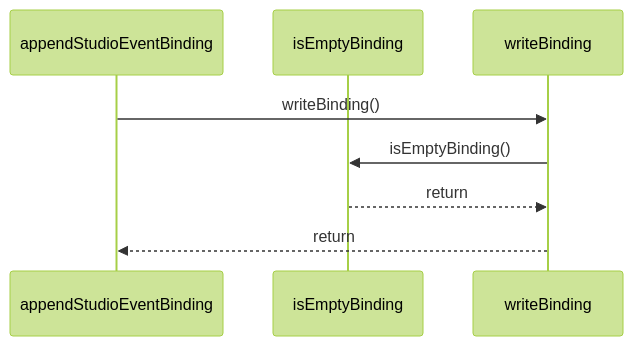
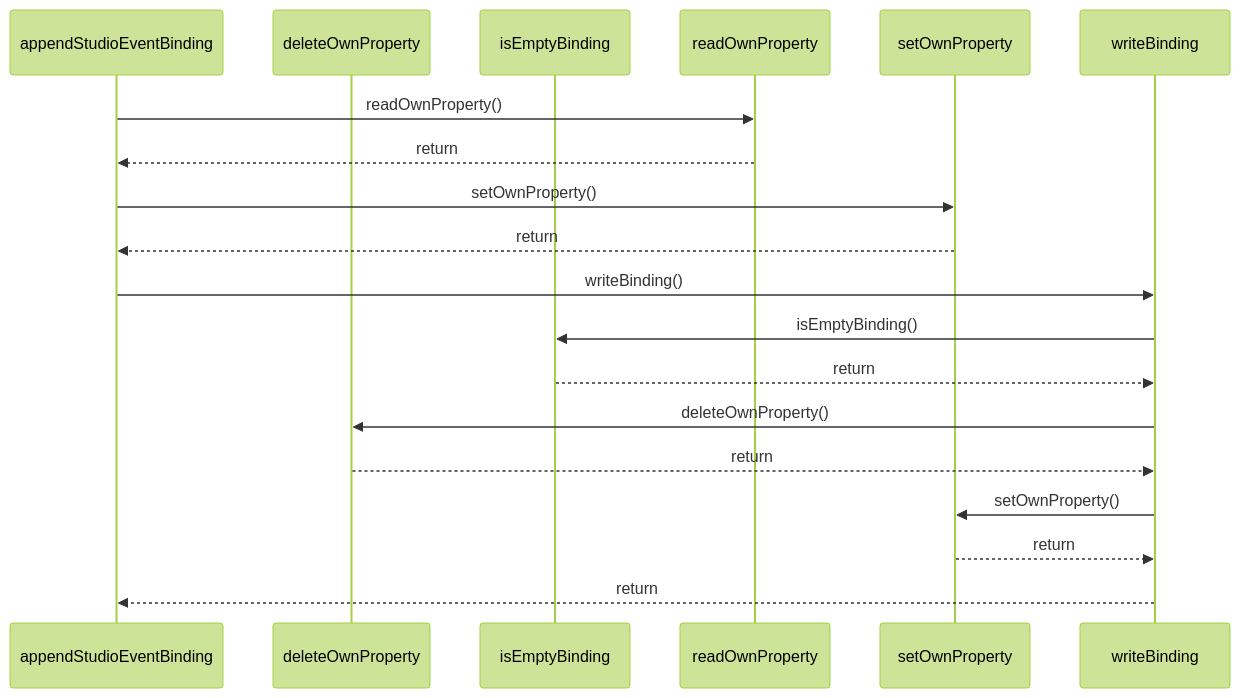
One commit to ankhorage/studio changed the diagram in paradox/diagrams/sequences/append-studio-event-binding.mmd. Above: the diagram before and after it, drawn with Mermaid (forest theme). The commit also changed 18 other files, not shown here.

```diff
--- a/paradox/diagrams/sequences/append-studio-event-binding.mmd
+++ b/paradox/diagrams/sequences/append-studio-event-binding.mmd
@@ -1,8 +1,19 @@
 sequenceDiagram
   participant participant_appendStudioEventBinding as appendStudioEventBinding
+  participant participant_deleteOwnProperty as deleteOwnProperty
   participant participant_isEmptyBinding as isEmptyBinding
+  participant participant_readOwnProperty as readOwnProperty
+  participant participant_setOwnProperty as setOwnProperty
   participant participant_writeBinding as writeBinding
+  participant_appendStudioEventBinding->>participant_readOwnProperty: readOwnProperty()
+  participant_readOwnProperty-->>participant_appendStudioEventBinding: return
+  participant_appendStudioEventBinding->>participant_setOwnProperty: setOwnProperty()
+  participant_setOwnProperty-->>participant_appendStudioEventBinding: return
   participant_appendStudioEventBinding->>participant_writeBinding: writeBinding()
   participant_writeBinding->>participant_isEmptyBinding: isEmptyBinding()
   participant_isEmptyBinding-->>participant_writeBinding: return
+  participant_writeBinding->>participant_deleteOwnProperty: deleteOwnProperty()
+  participant_deleteOwnProperty-->>participant_writeBinding: return
+  participant_writeBinding->>participant_setOwnProperty: setOwnProperty()
+  participant_setOwnProperty-->>participant_writeBinding: return
   participant_writeBinding-->>participant_appendStudioEventBinding: return
```
